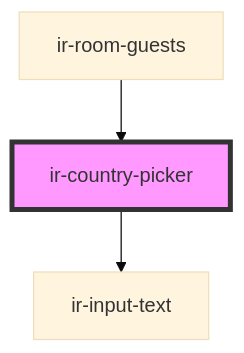
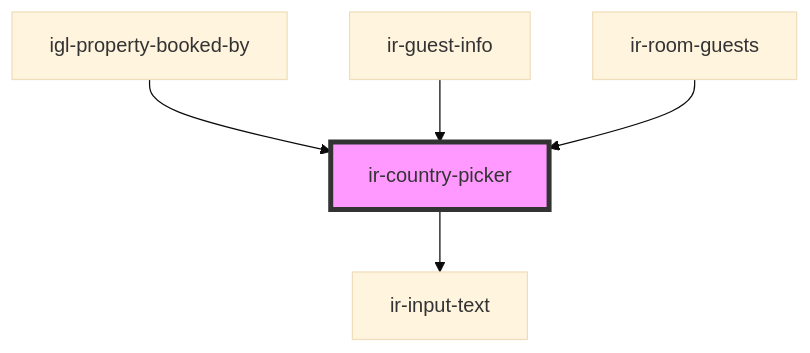
One commit to David1Chowaifaty/modified-ir-webcmp changed the diagram in src/components/ui/ir-country-picker/readme.md. Above: the diagram before and after it, drawn with Mermaid (base theme). The commit also changed other lines of this file and 34 other files, not shown here.

````diff
--- a/src/components/ui/ir-country-picker/readme.md
+++ b/src/components/ui/ir-country-picker/readme.md
@@ -36,6 +39,8 @@
 ```mermaid
 graph TD;
   ir-country-picker --> ir-input-text
+  igl-property-booked-by --> ir-country-picker
+  ir-guest-info --> ir-country-picker
   ir-room-guests --> ir-country-picker
   style ir-country-picker fill:#f9f,stroke:#333,stroke-width:4px
 ```
````
